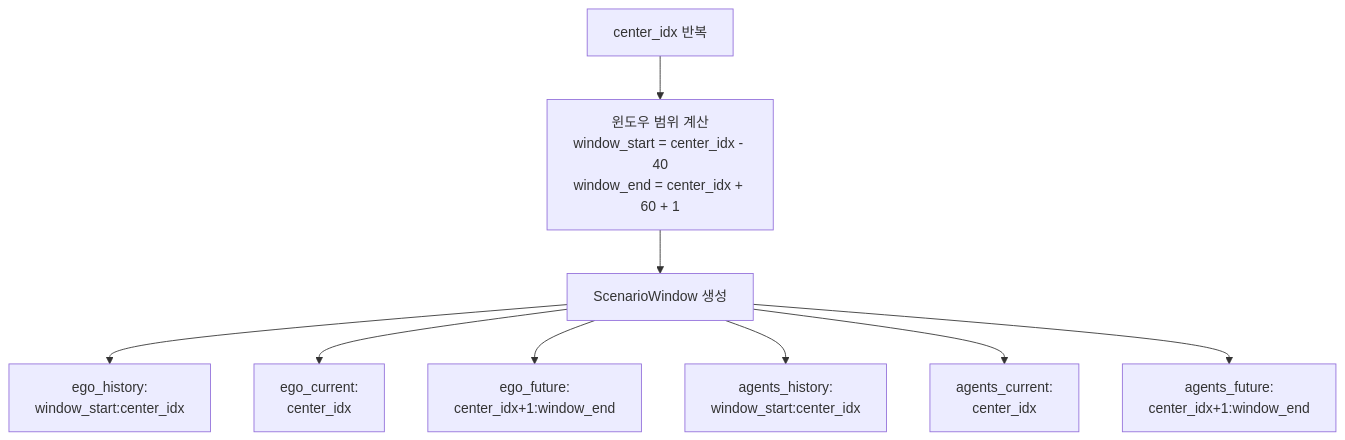
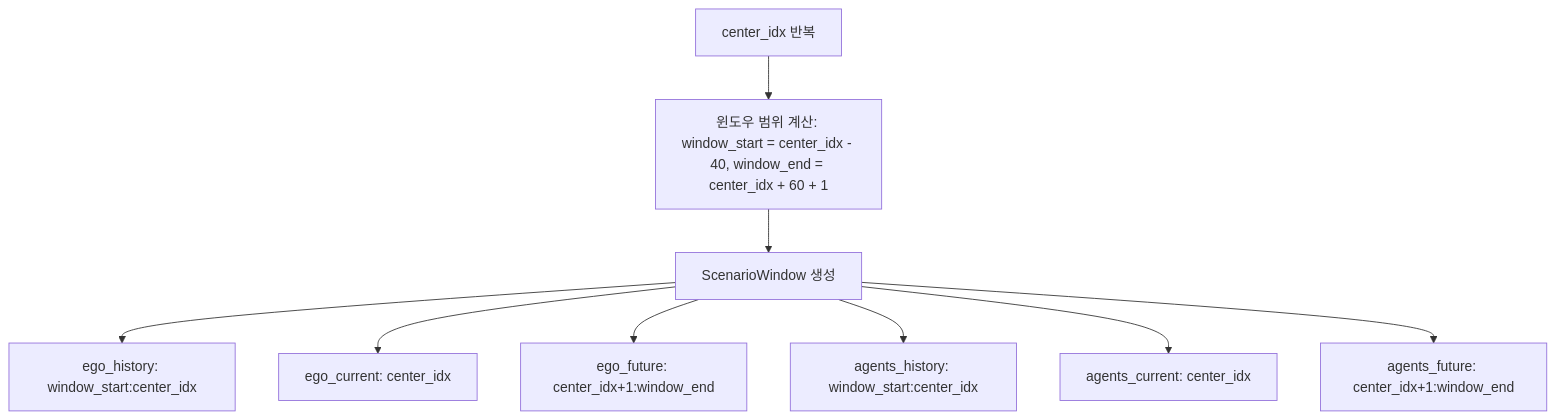
Before and after one commit to etri/ad_scenario_classifier: the fourth of 9 diagrams in doc/01_architecture.md, drawn with Mermaid. The commit also changed other lines of this file and 5 other files, not shown here.

````diff
--- a/doc/01_architecture.md
+++ b/doc/01_architecture.md
@@ -155,11 +155,11 @@
 ```mermaid
 flowchart TD
-    A[center_idx 반복] --> B[윈도우 범위 계산<br/>window_start = center_idx - 40<br/>window_end = center_idx + 60 + 1]
+    A[center_idx 반복] --> B["윈도우 범위 계산: window_start = center_idx - 40, window_end = center_idx + 60 + 1"]
     B --> C[ScenarioWindow 생성]
-    C --> D[ego_history:<br/>window_start:center_idx]
-    C --> E[ego_current:<br/>center_idx]
-    C --> F[ego_future:<br/>center_idx+1:window_end]
-    C --> G[agents_history:<br/>window_start:center_idx]
-    C --> H[agents_current:<br/>center_idx]
-    C --> I[agents_future:<br/>center_idx+1:window_end]
+    C --> D["ego_history: window_start:center_idx"]
+    C --> E["ego_current: center_idx"]
+    C --> F["ego_future: center_idx+1:window_end"]
+    C --> G["agents_history: window_start:center_idx"]
+    C --> H["agents_current: center_idx"]
+    C --> I["agents_future: center_idx+1:window_end"]
 ```
````
